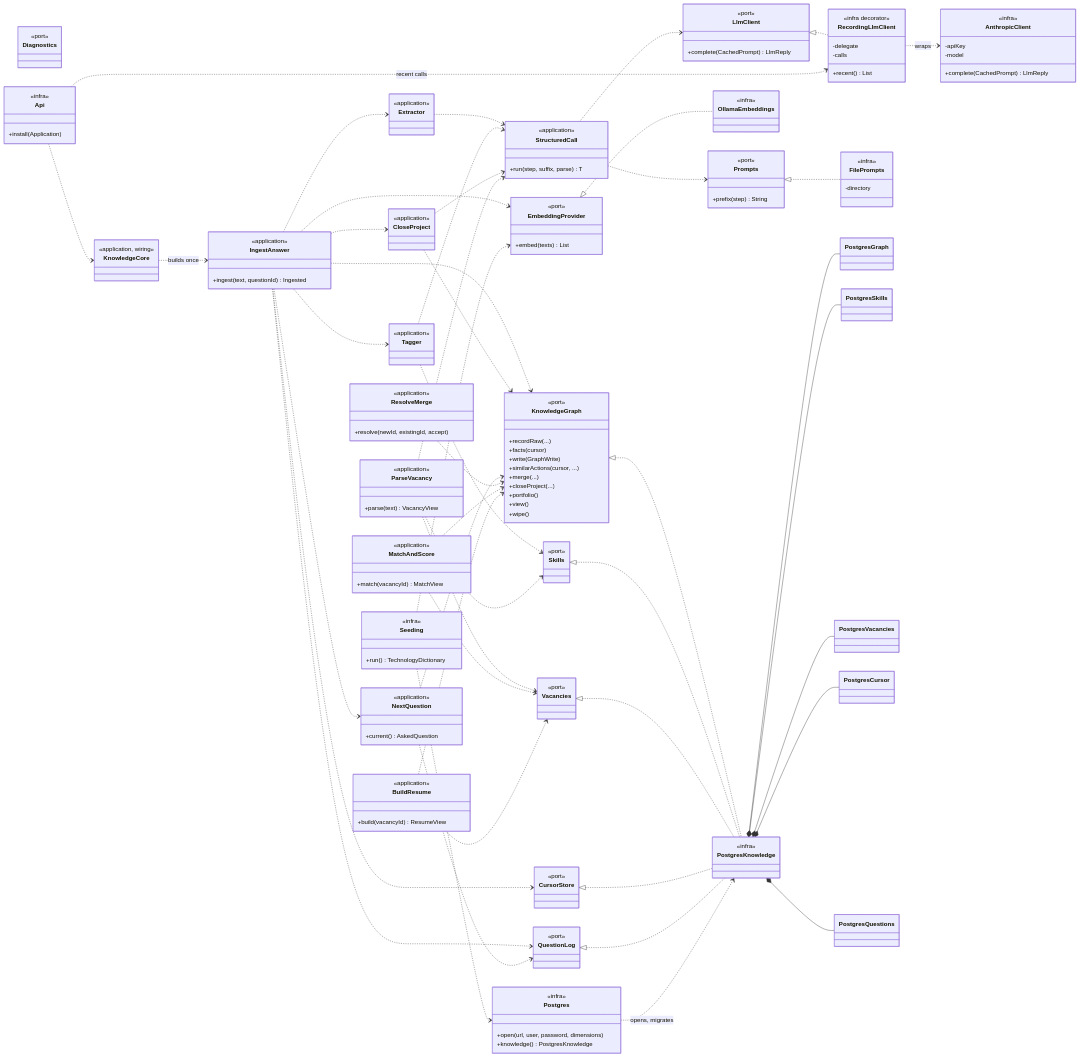
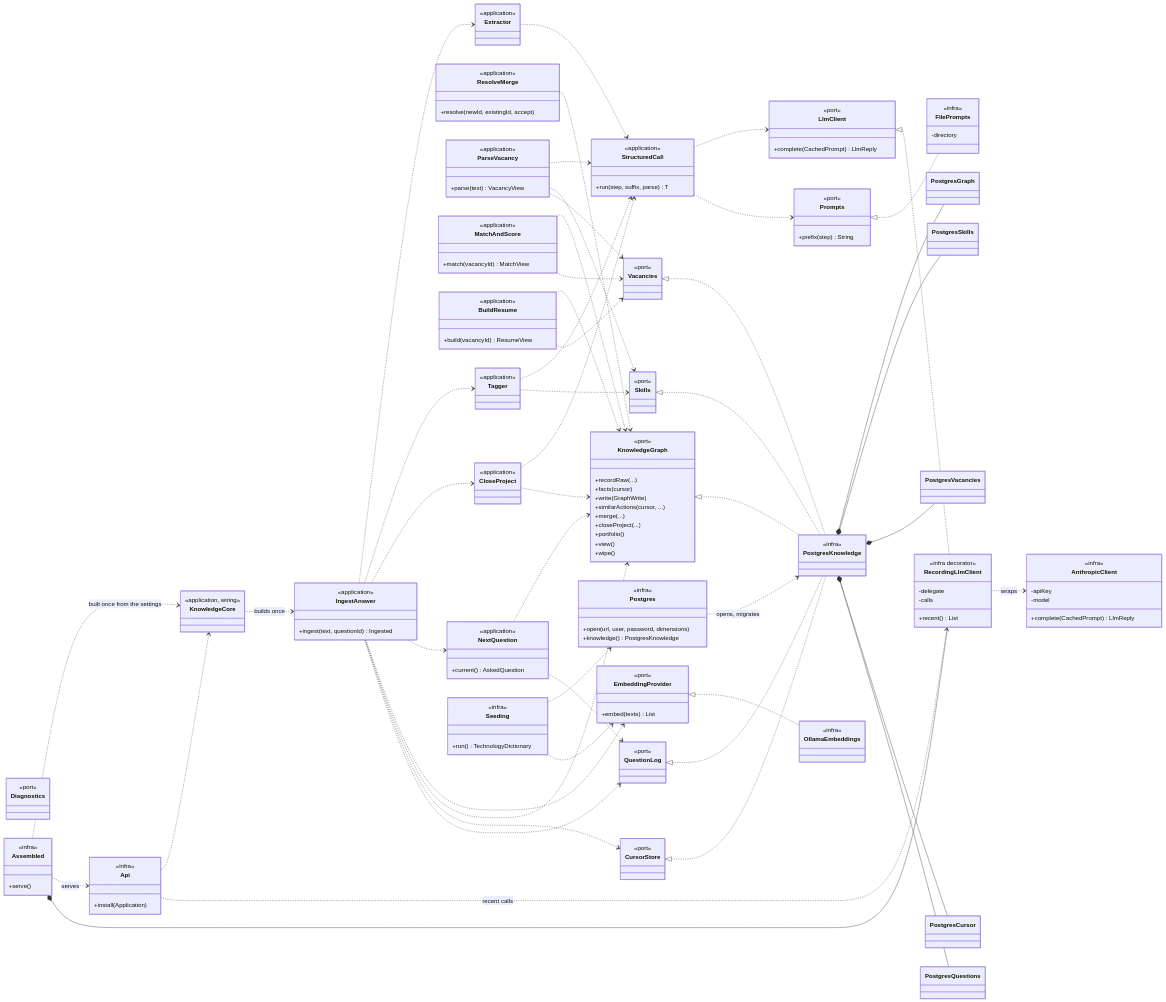
Before and after one commit to yuriisurzhykov/Tallyvane: the fifth of 6 diagrams in docs/adr/ADR-101-knowledge-core-proof-of-concept.md, drawn with Mermaid. The commit also changed other lines of this file and 12 other files, not shown here.

````diff
--- a/docs/adr/ADR-101-knowledge-core-proof-of-concept.md
+++ b/docs/adr/ADR-101-knowledge-core-proof-of-concept.md
@@ -476,6 +476,10 @@
         <<infra>>
         +install(Application)
     }
+    class Assembled {
+        <<infra>>
+        +serve()
+    }
 
     KnowledgeCore ..> IngestAnswer : builds once
     IngestAnswer ..> Extractor
@@ -522,4 +526,7 @@
     Seeding ..> EmbeddingProvider
     Api ..> KnowledgeCore
     Api ..> RecordingLlmClient : recent calls
+    Assembled ..> KnowledgeCore : built once from the settings
+    Assembled ..> Api : serves
+    Assembled *-- RecordingLlmClient
 ```
````
